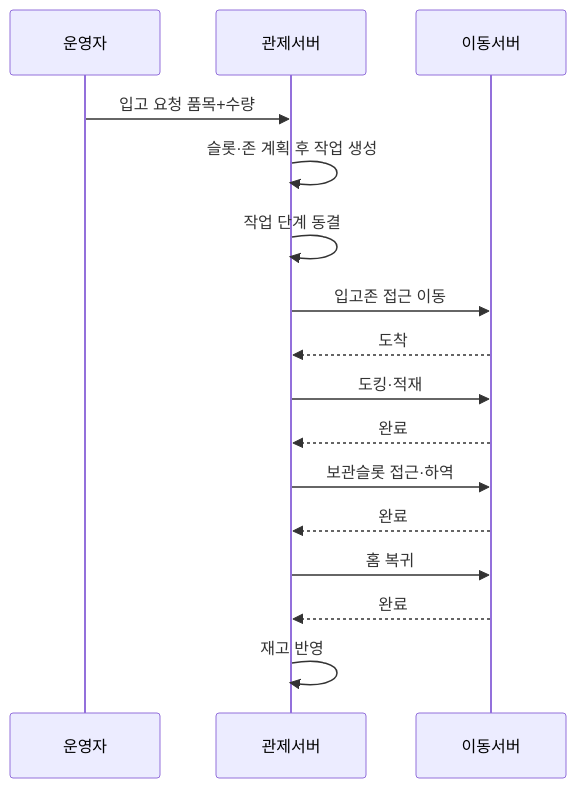
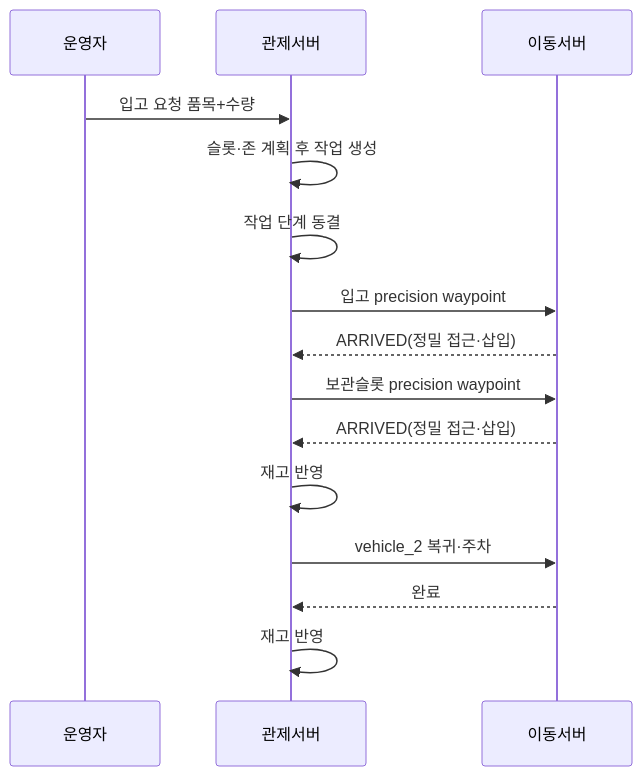
One commit to eduwing-robotics/ros2-ai-amr-repo3 changed the fourth of 10 diagrams in main_server/docs/ARCHITECTURE.md. Above: the diagram before and after it, drawn with Mermaid. The commit also changed other lines of this file and 35 other files, not shown here.

````diff
--- a/main_server/docs/ARCHITECTURE.md
+++ b/main_server/docs/ARCHITECTURE.md
@@ -91,18 +91,17 @@
 ```mermaid
 sequenceDiagram
   participant Op as 운영자
   participant Main as 관제서버
   participant Mov as 이동서버
   Op->>Main: 입고 요청 품목+수량
   Main->>Main: 슬롯·존 계획 후 작업 생성
   Main->>Main: 작업 단계 동결
-  Main->>Mov: 입고존 접근 이동
-  Mov-->>Main: 도착
-  Main->>Mov: 도킹·적재
-  Mov-->>Main: 완료
-  Main->>Mov: 보관슬롯 접근·하역
-  Mov-->>Main: 완료
-  Main->>Mov: 홈 복귀
+  Main->>Mov: 입고 precision waypoint
+  Mov-->>Main: ARRIVED(정밀 접근·삽입)
+  Main->>Mov: 보관슬롯 precision waypoint
+  Mov-->>Main: ARRIVED(정밀 접근·삽입)
+  Main->>Main: 재고 반영
+  Main->>Mov: vehicle_2 복귀·주차
   Mov-->>Main: 완료
   Main->>Main: 재고 반영
 ```
````
